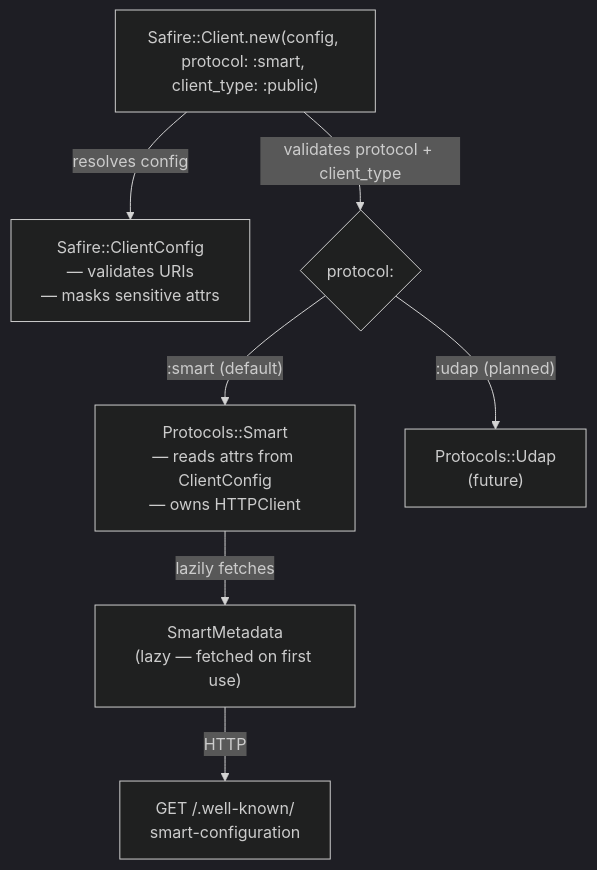
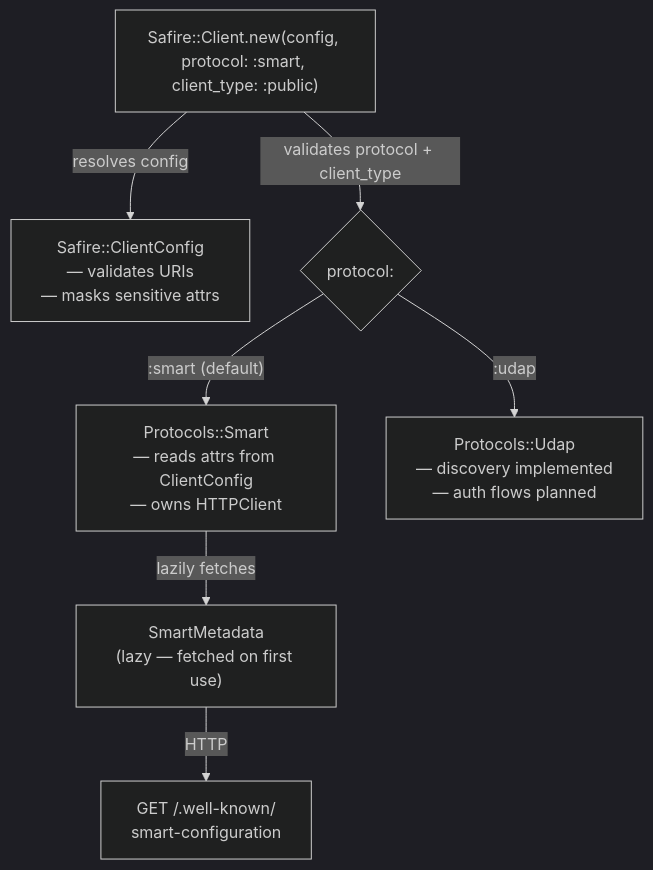
The diagram in docs/configuration/index.md (vanessuniq/safire), drawn with Mermaid (dark theme) before and after one commit. The commit also changed 11 other files, not shown here.

Commit message:
Wire Protocols::Udap into Client with community-scoped discovery (#138)

````diff
--- a/docs/configuration/index.md
+++ b/docs/configuration/index.md
@@ -20,16 +20,16 @@
 ```mermaid
 flowchart TD
     A["Safire::Client.new(config, protocol: :smart, client_type: :public)"]
     B["Safire::ClientConfig\n— validates URIs\n— masks sensitive attrs"]
     C{protocol:}
     D["Protocols::Smart\n— reads attrs from ClientConfig\n— owns HTTPClient"]
     E["SmartMetadata\n(lazy — fetched on first use)"]
     F["GET /.well-known/\nsmart-configuration"]
 
     A -->|"resolves config"| B
     A -->|"validates protocol + client_type"| C
     C -->|":smart (default)"| D
-    C -->|":udap (planned)"| G["Protocols::Udap\n(future)"]
+    C -->|":udap"| G["Protocols::Udap\n— discovery implemented\n— auth flows planned"]
     D -->|"lazily fetches"| E
     E -->|"HTTP"| F
 ```
````
